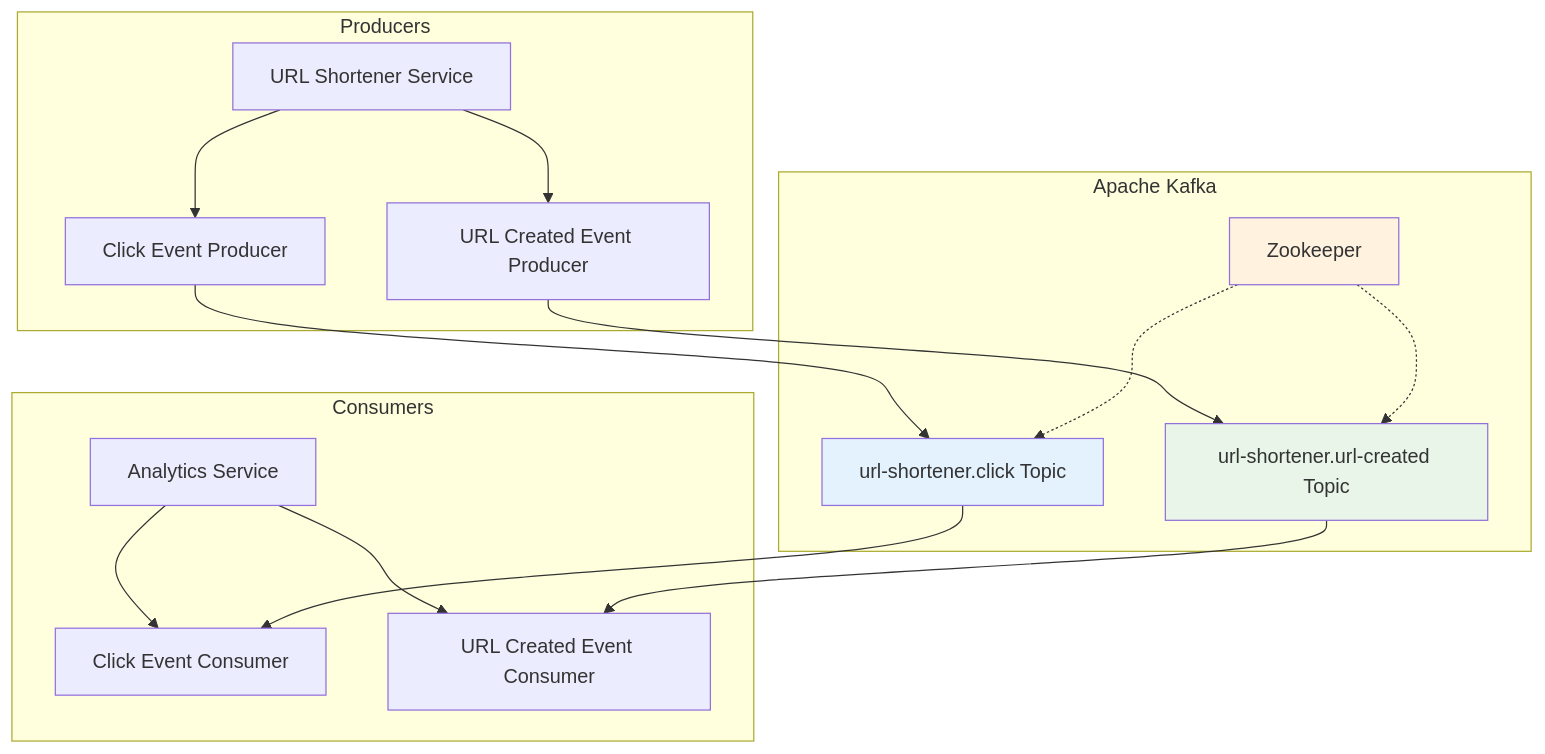
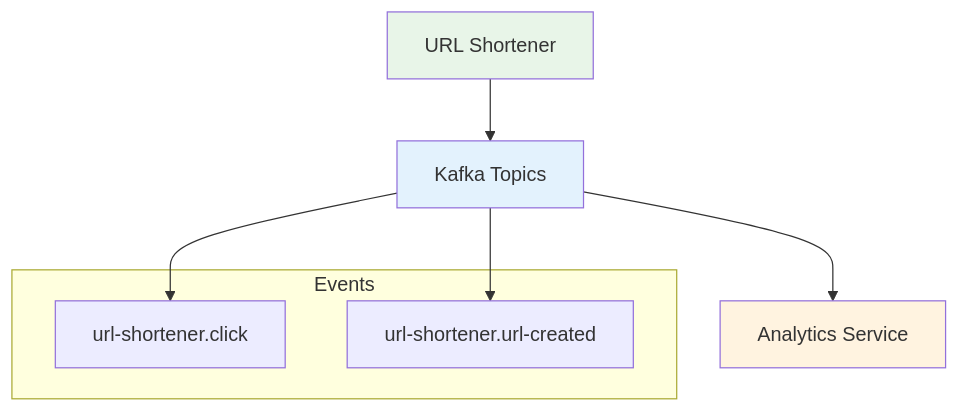
The first of 2 diagrams in docs/03-comunicacao-assincrona.md (rocketseat-education/ftr-fundamentos-microsservicos), drawn with Mermaid before and after one commit. The commit also changed other lines of this file and 6 other files, not shown here.

````diff
--- a/docs/03-comunicacao-assincrona.md
+++ b/docs/03-comunicacao-assincrona.md
@@ -9,30 +9,17 @@
 ```mermaid
 graph TD
-    subgraph "Producers"
-        A[URL Shortener Service] --> B[Click Event Producer]
-        A --> C[URL Created Event Producer]
-    end
+    A[URL Shortener] --> B[Kafka Topics]
+    B --> C[Analytics Service]
     
-    subgraph "Apache Kafka"
-        D[url-shortener.click Topic]
-        E[url-shortener.url-created Topic]
-        F[Zookeeper]
-    end
-    
-    subgraph "Consumers"
-        G[Analytics Service] --> H[Click Event Consumer]
-        G --> I[URL Created Event Consumer]
+    subgraph "Events"
+        D[url-shortener.click]
+        E[url-shortener.url-created]
     end
     
     B --> D
-    C --> E
-    D --> H
-    E --> I
+    B --> E
     
-    F -.-> D
-    F -.-> E
-    
-    style D fill:#e3f2fd
-    style E fill:#e8f5e8
-    style F fill:#fff3e0
+    style A fill:#e8f5e8
+    style B fill:#e3f2fd
+    style C fill:#fff3e0
 ```
````
